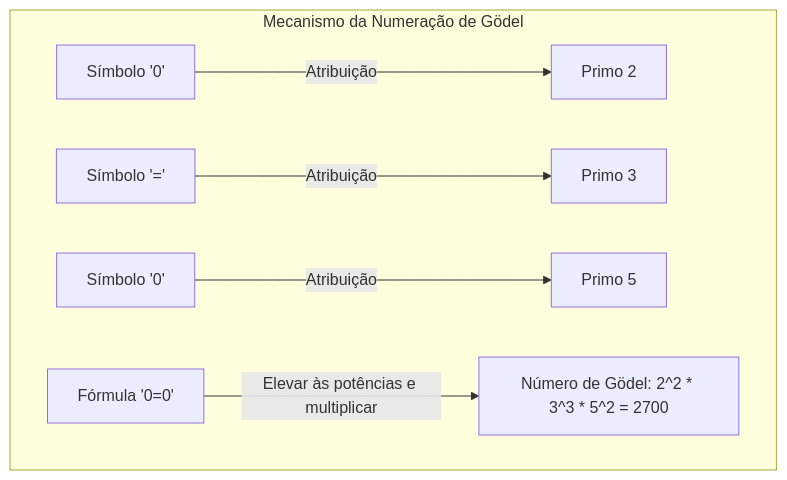
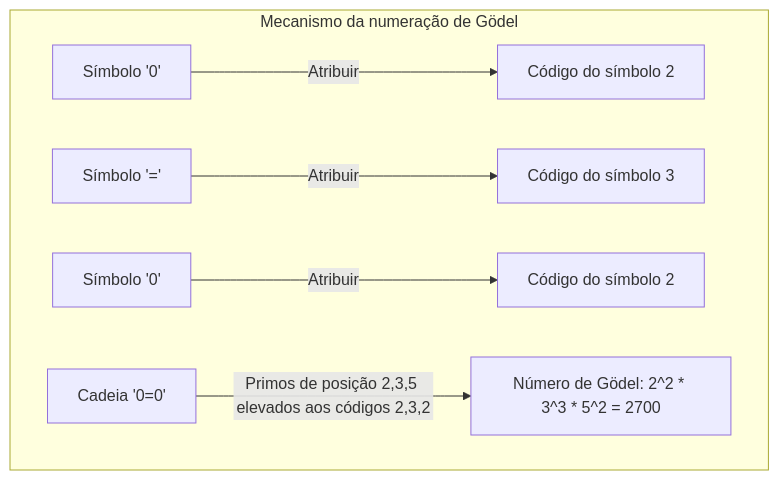
One commit to kenjinote/blog changed the third of 4 diagrams in content/post/godels-incompleteness-theorems/index.pt.md. Above: the diagram before and after it, drawn with Mermaid. The commit also changed other lines of this file and 11 other files, not shown here.

````diff
--- a/content/post/godels-incompleteness-theorems/index.pt.md
+++ b/content/post/godels-incompleteness-theorems/index.pt.md
@@ -97,9 +93,9 @@
 ```mermaid
 graph TD
-    subgraph "Mecanismo da Numeração de Gödel"
-        S1["Símbolo '0'"] -->|"Atribuição"| N1["Primo 2"]
-        S2["Símbolo '='"] -->|"Atribuição"| N2["Primo 3"]
-        S3["Símbolo '0'"] -->|"Atribuição"| N3["Primo 5"]
-        F["Fórmula '0=0'"] -->|"Elevar às potências e multiplicar"| GN["Número de Gödel: 2^2 * 3^3 * 5^2 = 2700"]
+    subgraph "Mecanismo da numeração de Gödel"
+        S1["Símbolo '0'"] -->|"Atribuir"| N1["Código do símbolo 2"]
+        S2["Símbolo '='"] -->|"Atribuir"| N2["Código do símbolo 3"]
+        S3["Símbolo '0'"] -->|"Atribuir"| N3["Código do símbolo 2"]
+        F["Cadeia '0=0'"] -->|"Primos de posição 2,3,5 elevados aos códigos 2,3,2"| GN["Número de Gödel: 2^2 * 3^3 * 5^2 = 2700"]
     end
 ```
````
